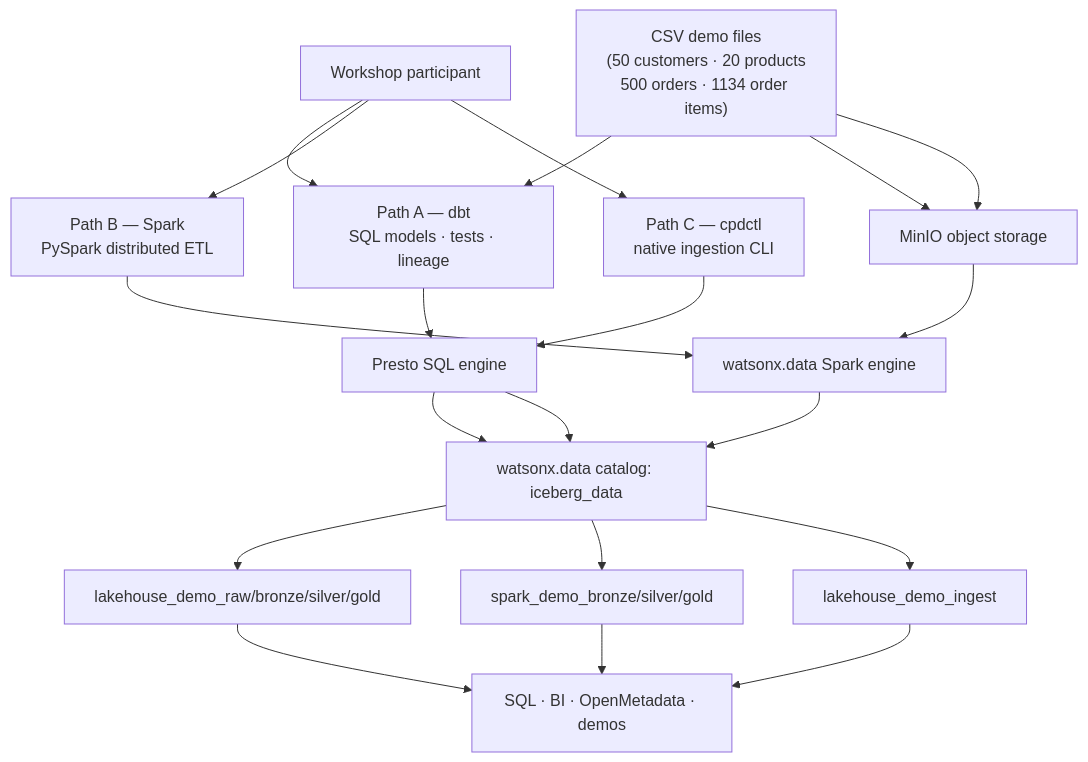
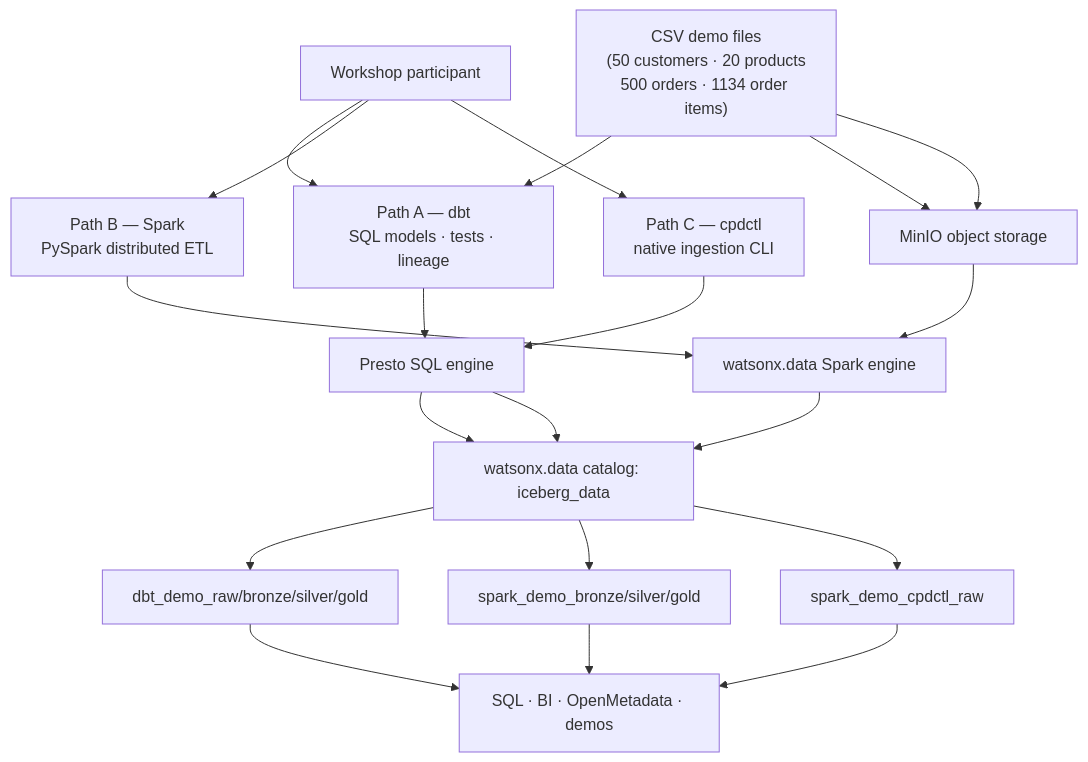
The second of 2 diagrams in README.md (aseelert/ibmas-watsonxdata-dbt), drawn with Mermaid before and after one commit. The commit also changed other lines of this file and 32 other files, not shown here.

First line of the commit message:
refactor(storage): self-documenting schema names, uniform bucket-root layout

````diff
--- a/README.md
+++ b/README.md
@@ -78,37 +78,37 @@
 ```mermaid
 flowchart TB
   persona["Workshop participant"]
   csv["CSV demo files\n(50 customers · 20 products\n500 orders · 1134 order items)"]
   minio["MinIO object storage"]
   catalog["watsonx.data catalog: iceberg_data"]
   presto["Presto SQL engine"]
   sparkEngine["watsonx.data Spark engine"]
 
   dbt["Path A — dbt\nSQL models · tests · lineage"]
   sparkJob["Path B — Spark\nPySpark distributed ETL"]
   cpdctl["Path C — cpdctl\nnative ingestion CLI"]
 
-  dbtSchemas["lakehouse_demo_raw/bronze/silver/gold"]
+  dbtSchemas["dbt_demo_raw/bronze/silver/gold"]
   sparkSchemas["spark_demo_bronze/silver/gold"]
-  ingestSchema["lakehouse_demo_ingest"]
+  ingestSchema["spark_demo_cpdctl_raw"]
 
   consumers["SQL · BI · OpenMetadata · demos"]
 
   persona --> dbt
   persona --> sparkJob
   persona --> cpdctl
 
   csv --> dbt
   dbt --> presto --> catalog --> dbtSchemas
 
   csv --> minio
   minio --> sparkEngine
   sparkJob --> sparkEngine --> catalog --> sparkSchemas
 
   csv --> minio
   cpdctl --> presto --> catalog --> ingestSchema
 
   dbtSchemas --> consumers
   sparkSchemas --> consumers
   ingestSchema --> consumers
 ```
````
